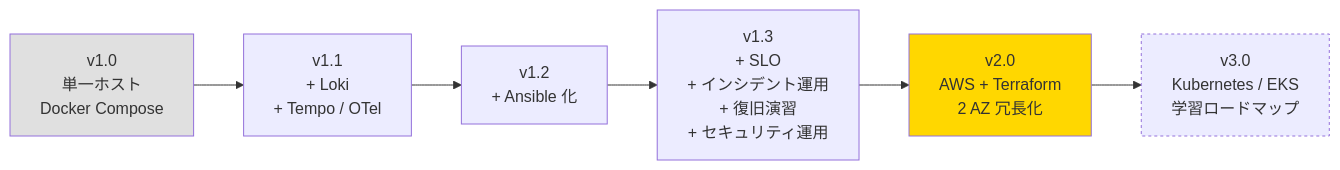
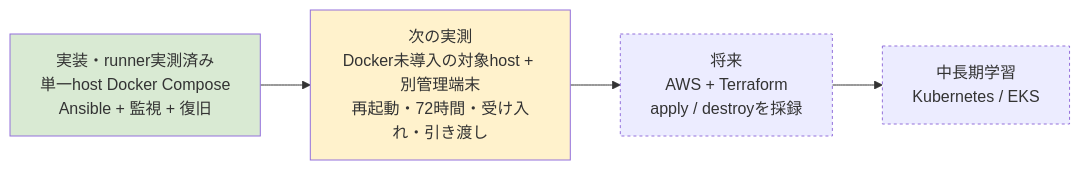
The second of 2 diagrams in docs/architecture-diagram.md (ns7jp/ns7jp), drawn with Mermaid before and after one commit. The commit also changed other lines of this file and 12 other files, not shown here.

````diff
--- a/docs/architecture-diagram.md
+++ b/docs/architecture-diagram.md
@@ -58,16 +60,11 @@
 ```mermaid
 flowchart LR
-    V10[v1.0<br/>単一ホスト<br/>Docker Compose] --> V11
+    Current["実装・runner実測済み<br/>単一host Docker Compose<br/>Ansible + 監視 + 復旧"] --> Next["次の実測<br/>Docker未導入の対象host + 別管理端末<br/>再起動・72時間・受け入れ・引き渡し"]
+    Next --> AWS["将来<br/>AWS + Terraform<br/>apply / destroyを採録"]
+    AWS --> K8s["中長期学習<br/>Kubernetes / EKS"]
 
-    V11[v1.1<br/>+ Loki<br/>+ Tempo / OTel] --> V12
-    V12[v1.2<br/>+ Ansible 化] --> V13
-    V13[v1.3<br/>+ SLO<br/>+ インシデント運用<br/>+ 復旧演習<br/>+ セキュリティ運用] --> V20
-
-    V20[v2.0<br/>AWS + Terraform<br/>2 AZ 冗長化] --> V30
-
-    V30[v3.0<br/>Kubernetes / EKS<br/>学習ロードマップ]
-
-    style V10 fill:#e0e0e0
-    style V20 fill:#ffd700
-    style V30 stroke-dasharray: 3 3
+    style Current fill:#d9ead3
+    style Next fill:#fff2cc
+    style AWS stroke-dasharray: 3 3
+    style K8s stroke-dasharray: 3 3
 ```
````
